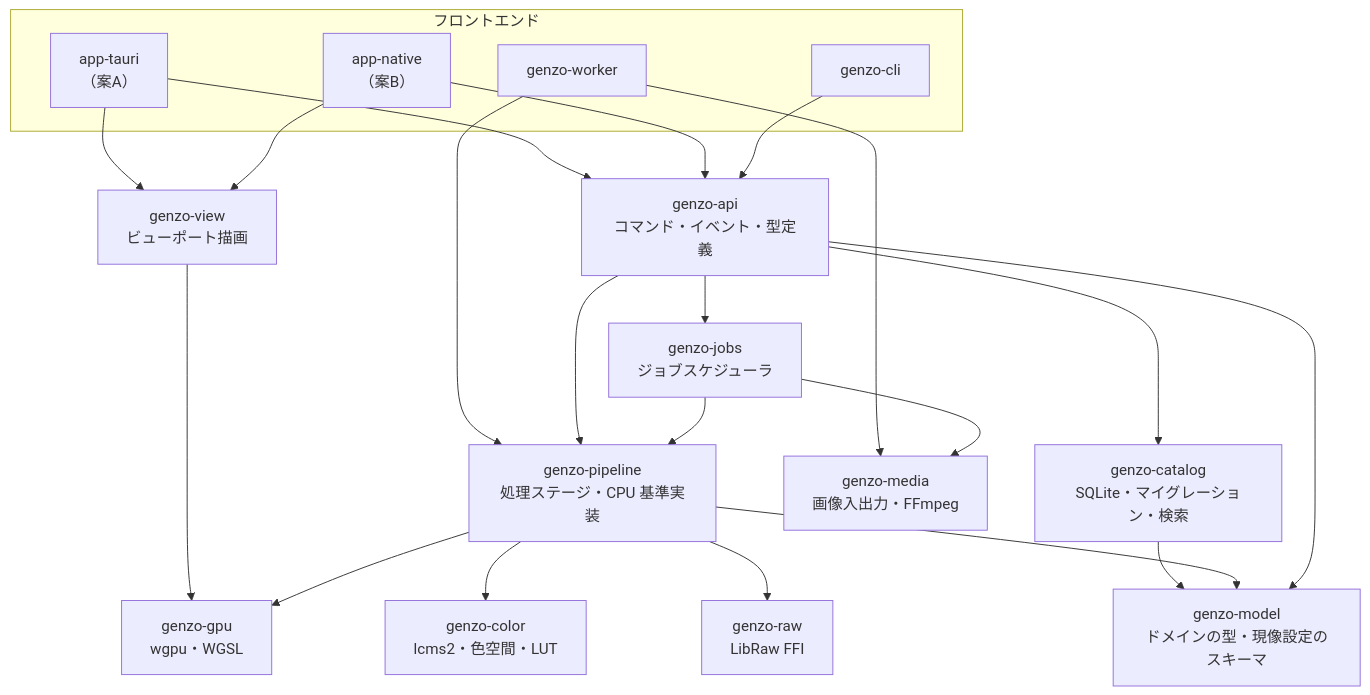
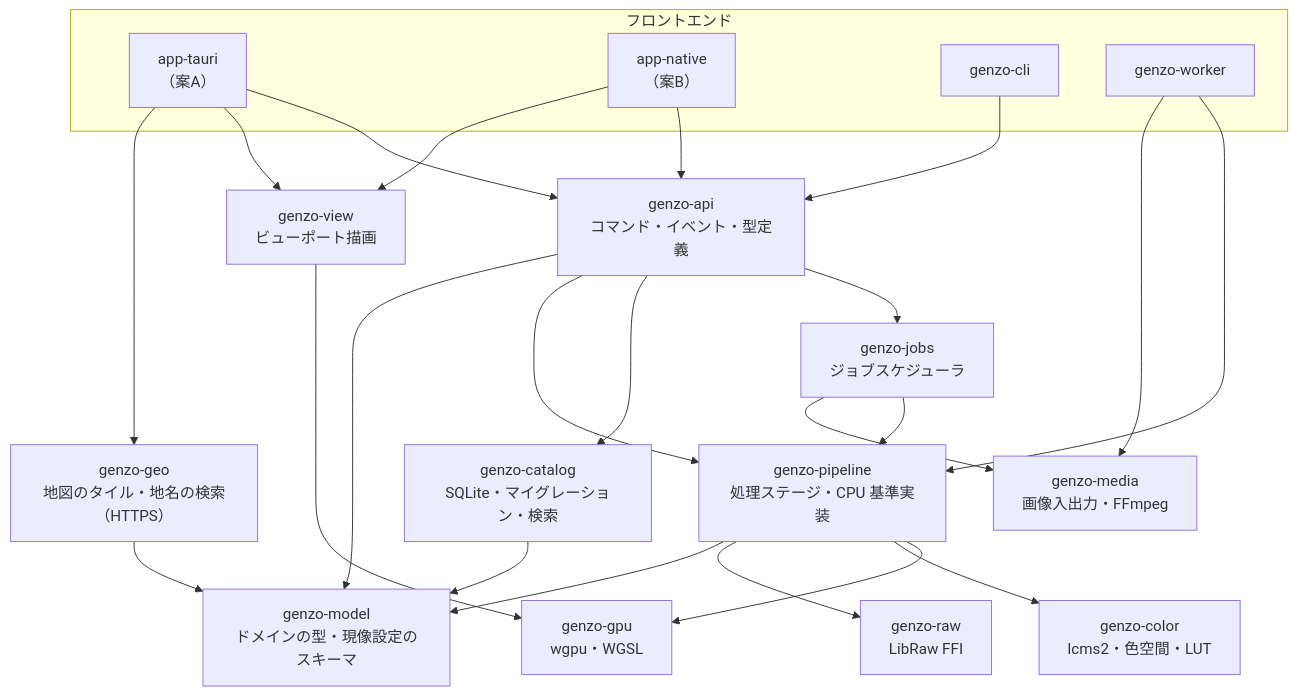
The second of 8 diagrams in docs/04_architecture.md (tokamocchi/GenzoParis), drawn with Mermaid before and after one commit. The commit also changed other lines of this file and 2 other files, not shown here.

````diff
--- a/docs/04_architecture.md
+++ b/docs/04_architecture.md
@@ -87,38 +87,41 @@
 ```mermaid
 flowchart TB
   subgraph Front["フロントエンド"]
     TAURI["app-tauri<br/>（案A）"]
     NATIVE["app-native<br/>（案B）"]
     CLI["genzo-cli"]
     WK["genzo-worker"]
   end
   API["genzo-api<br/>コマンド・イベント・型定義"]
   JOBS["genzo-jobs<br/>ジョブスケジューラ"]
   CAT["genzo-catalog<br/>SQLite・マイグレーション・検索"]
   PIPE["genzo-pipeline<br/>処理ステージ・CPU 基準実装"]
   GPU["genzo-gpu<br/>wgpu・WGSL"]
   VIEW["genzo-view<br/>ビューポート描画"]
   COLOR["genzo-color<br/>lcms2・色空間・LUT"]
   RAW["genzo-raw<br/>LibRaw FFI"]
   MEDIA["genzo-media<br/>画像入出力・FFmpeg"]
   MODEL["genzo-model<br/>ドメインの型・現像設定のスキーマ"]
+  GEO["genzo-geo<br/>地図のタイル・地名の検索（HTTPS）"]
   TAURI --> API
   NATIVE --> API
   CLI --> API
   TAURI --> VIEW
   NATIVE --> VIEW
   WK --> PIPE
   WK --> MEDIA
   API --> JOBS
   API --> CAT
   API --> PIPE
   JOBS --> PIPE
   JOBS --> MEDIA
   VIEW --> GPU
   PIPE --> GPU
   PIPE --> COLOR
   PIPE --> RAW
   CAT --> MODEL
   PIPE --> MODEL
   API --> MODEL
+  TAURI --> GEO
+  GEO --> MODEL
 ```
````
